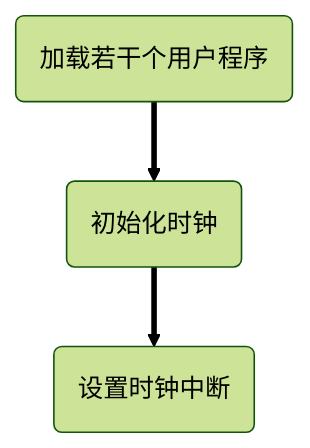
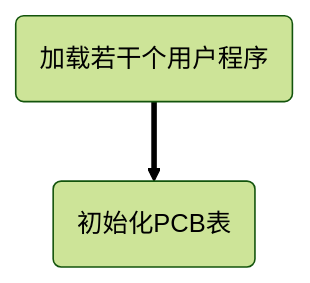
One commit to guzhegnyang/operating_system_experiment changed the second of 2 diagrams in 实验6/18308045_谷正阳_EX6.md. Above: the diagram before and after it, drawn with Mermaid (forest theme). The commit also changed other lines of this file and 8 other files, not shown here.

````diff
--- a/实验6/18308045_谷正阳_EX6.md
+++ b/实验6/18308045_谷正阳_EX6.md
@@ -93,7 +93,6 @@
 ```mermaid
 graph TD
 A("加载若干个用户程序")
-B("初始化时钟")
-C("设置时钟中断")
-A==>B==>C
+B("初始化PCB表")
+A==>B
 ```
````
